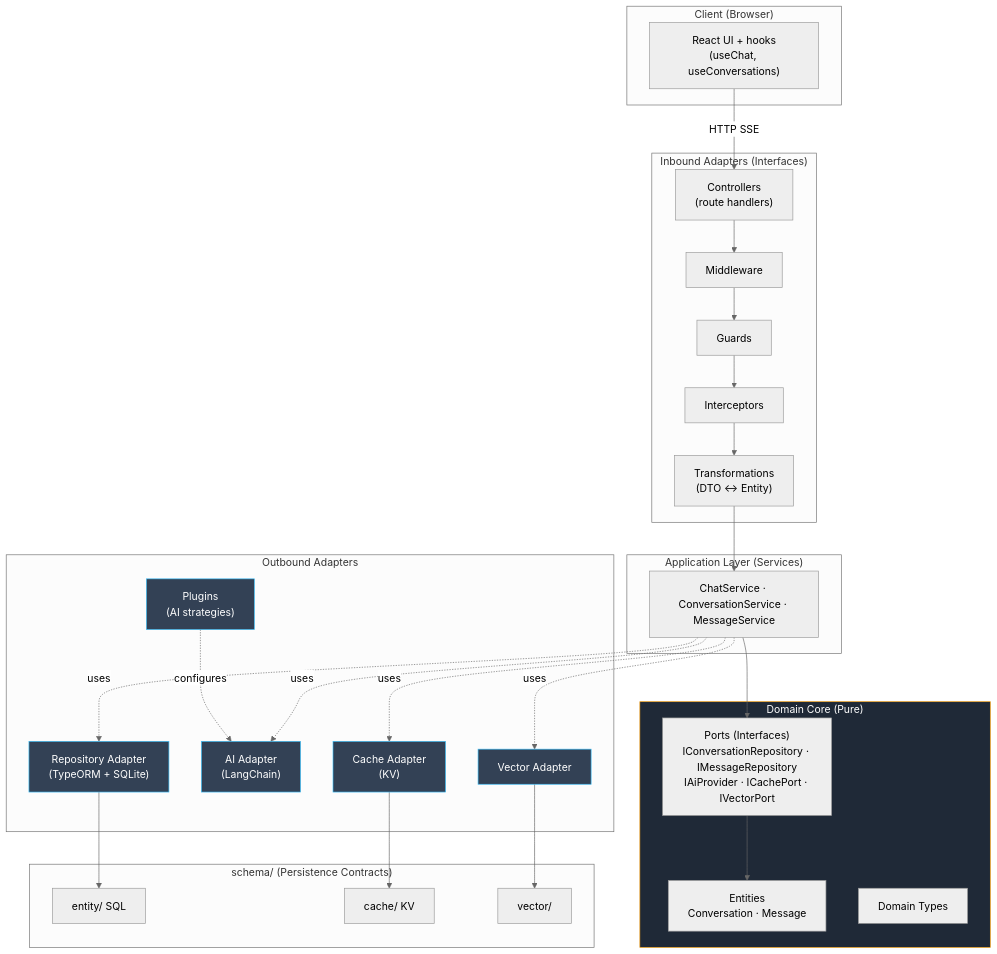
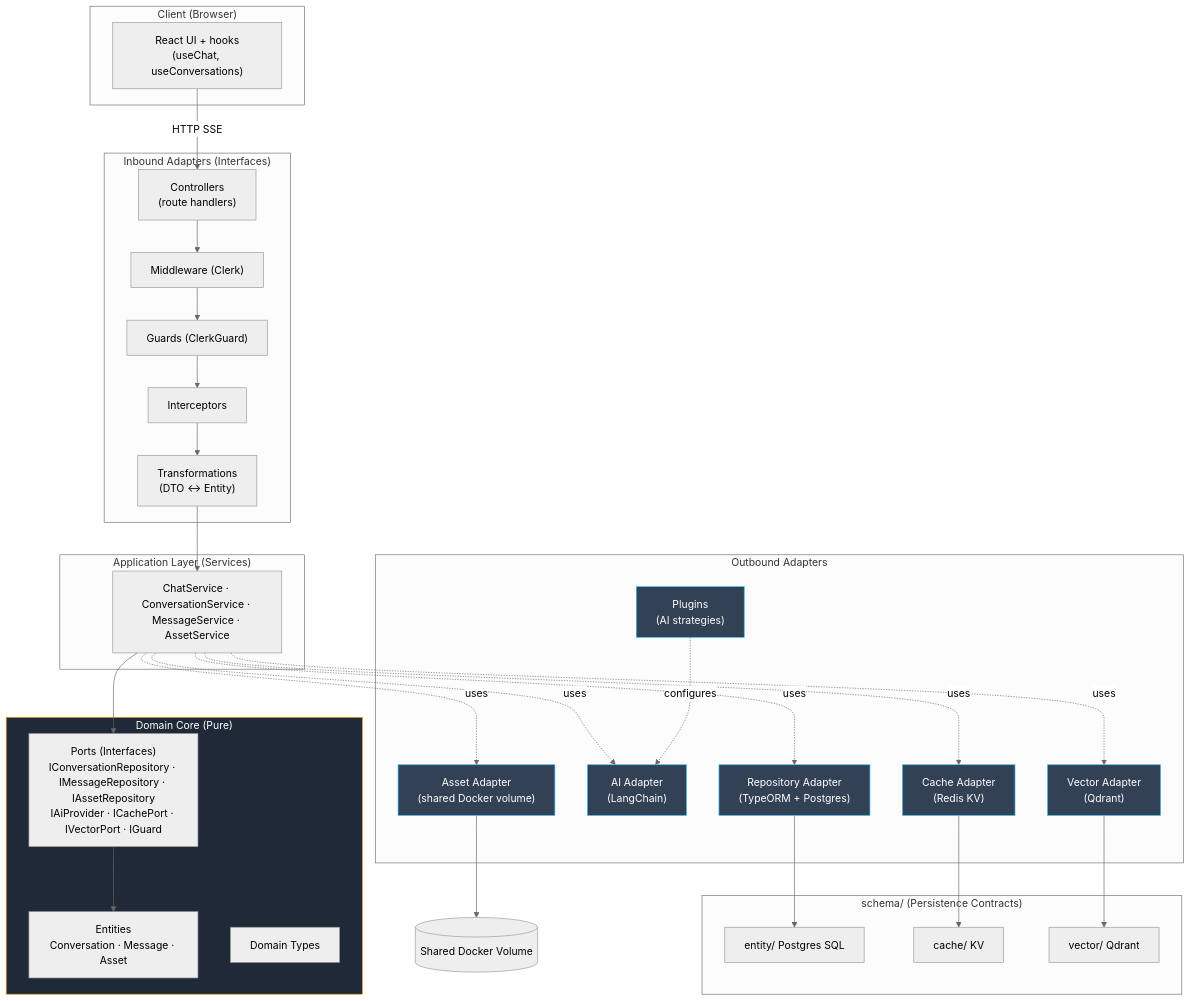
Before and after one commit to Glitch-guy0/chaiGPT: the diagram in _bmad-output/planning-artifacts/05-architecture.md, drawn with Mermaid (neutral theme). The commit also changed other lines of this file and 5 other files, not shown here.

````diff
--- a/_bmad-output/planning-artifacts/05-architecture.md
+++ b/_bmad-output/planning-artifacts/05-architecture.md
@@ -5,57 +5,60 @@
 ```mermaid
 flowchart TB
     subgraph client["Client (Browser)"]
         ui["React UI + hooks<br/>(useChat, useConversations)"]
     end
 
     subgraph inbound["Inbound Adapters (Interfaces)"]
         ctrl["Controllers<br/>(route handlers)"]
-        mw["Middleware"]
-        grd["Guards"]
+        mw["Middleware (Clerk)"]
+        grd["Guards (ClerkGuard)"]
         intc["Interceptors"]
         trf["Transformations<br/>(DTO <-> Entity)"]
     end
 
     subgraph app["Application Layer (Services)"]
-        svc["ChatService · ConversationService · MessageService"]
+        svc["ChatService · ConversationService · MessageService · AssetService"]
     end
 
     subgraph domain["Domain Core (Pure)"]
-        ent["Entities<br/>Conversation · Message"]
-        ports["Ports (Interfaces)<br/>IConversationRepository · IMessageRepository<br/>IAiProvider · ICachePort · IVectorPort"]
+        ent["Entities<br/>Conversation · Message · Asset"]
+        ports["Ports (Interfaces)<br/>IConversationRepository · IMessageRepository · IAssetRepository<br/>IAiProvider · ICachePort · IVectorPort · IGuard"]
         domTypes["Domain Types"]
     end
 
     subgraph outbound["Outbound Adapters"]
-        repoA["Repository Adapter<br/>(TypeORM + SQLite)"]
+        repoA["Repository Adapter<br/>(TypeORM + Postgres)"]
         aiA["AI Adapter<br/>(LangChain)"]
-        cacheA["Cache Adapter<br/>(KV)"]
-        vecA["Vector Adapter"]
+        cacheA["Cache Adapter<br/>(Redis KV)"]
+        vecA["Vector Adapter<br/>(Qdrant)"]
+        assetA["Asset Adapter<br/>(shared Docker volume)"]
         plug["Plugins<br/>(AI strategies)"]
     end
 
     subgraph persist["schema/ (Persistence Contracts)"]
-        se["entity/ SQL"]
+        se["entity/ Postgres SQL"]
         sc["cache/ KV"]
-        sv["vector/"]
+        sv["vector/ Qdrant"]
     end
 
     ui -->|HTTP SSE| ctrl
     ctrl --> mw --> grd --> intc --> trf
     trf --> svc
     svc --> ports
     ports --> ent
     svc -.uses.-> repoA
     svc -.uses.-> aiA
     svc -.uses.-> cacheA
     svc -.uses.-> vecA
+    svc -.uses.-> assetA
     plug -.configures.-> aiA
     repoA --> se
     cacheA --> sc
     vecA --> sv
+    assetA --> vol[(Shared Docker Volume)]
 
     classDef core fill:#1f2937,stroke:#f59e0b,color:#fff
     classDef adapter fill:#334155,stroke:#38bdf8,color:#fff
     class domain core
-    class repoA,aiA,cacheA,vecA,plug adapter
+    class repoA,aiA,cacheA,vecA,assetA,plug adapter
 ```
````
